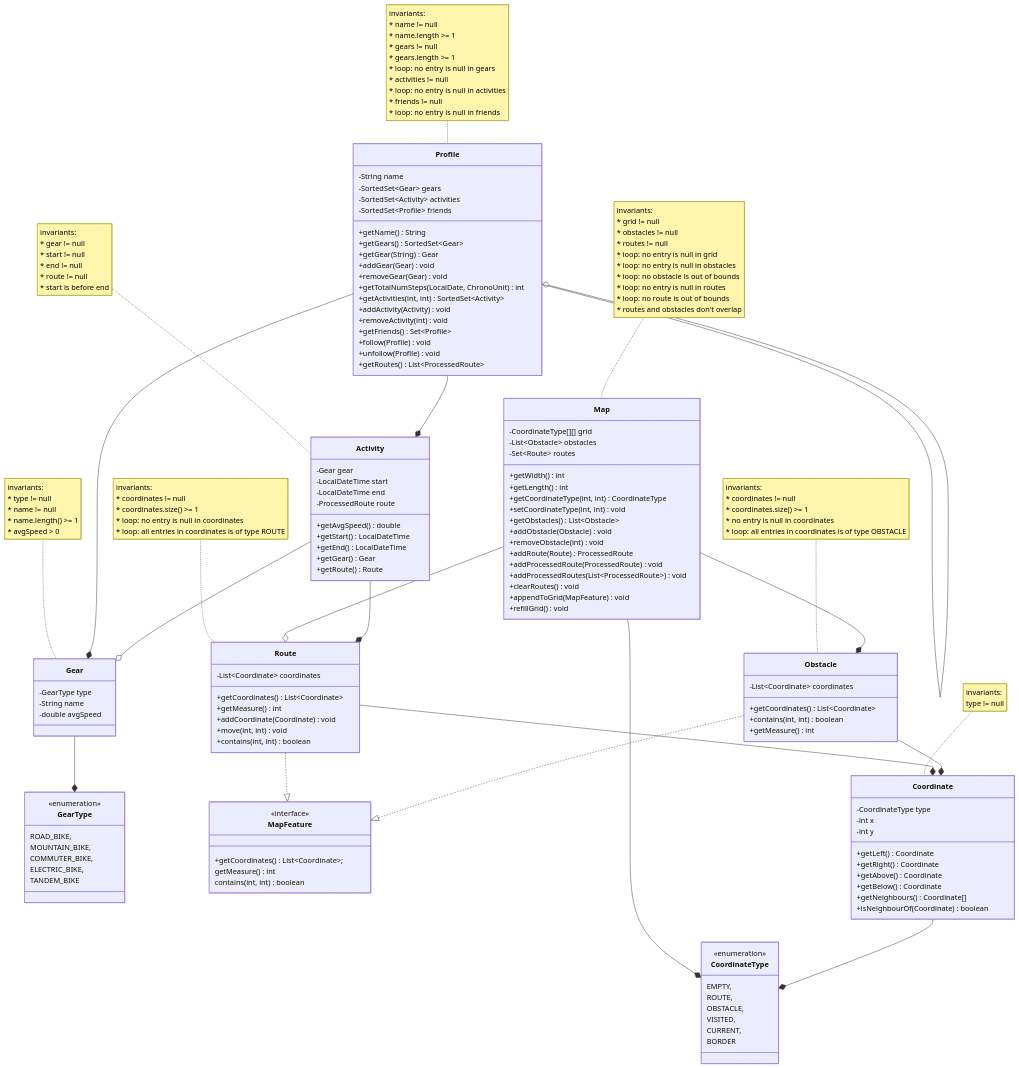
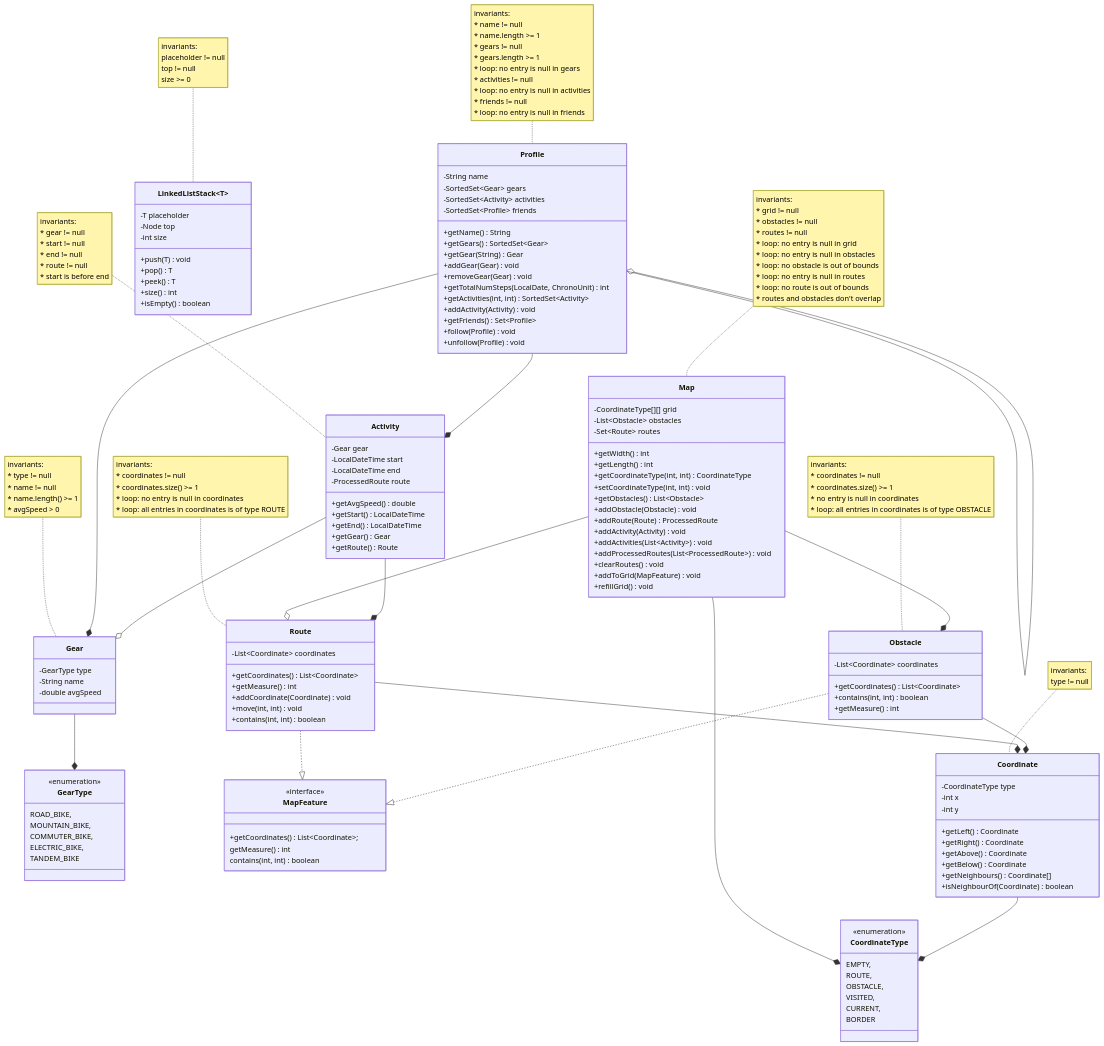
Before and after one commit to NarekVeranyan05/franklin-runs: the eighth of 8 diagrams in README.md, drawn with Mermaid. The commit also changed other lines of this file and 4 other files, not shown here.

````diff
--- a/README.md
+++ b/README.md
@@ -354,11 +365,9 @@
         +getTotalNumSteps(LocalDate, ChronoUnit) int
         +getActivities(int, int) SortedSet~Activity~
         +addActivity(Activity) void
-        +removeActivity(int) void
         +getFriends() Set~Profile~
         +follow(Profile) void
         +unfollow(Profile) void
-        +getRoutes() List~ProcessedRoute~
     }
     
     note for Profile"invariants:
@@ -411,12 +420,12 @@
         +setCoordinateType(int, int) void
         +getObstacles() List~Obstacle~
         +addObstacle(Obstacle) void
-        +removeObstacle(int) void
         +addRoute(Route) ProcessedRoute
-        +addProcessedRoute(ProcessedRoute) void
+        +addActivity(Activity) void
+        +addActivities(List~Activity~) void
         +addProcessedRoutes(List~ProcessedRoute~) void
         +clearRoutes() void
-        +appendToGrid(MapFeature) void
+        +addToGrid(MapFeature) void
         +refillGrid() void
     }
     
@@ -529,4 +538,22 @@
         CURRENT,
         BORDER
     }
+
+    class LinkedListStack~T~ {
+        -T placeholder
+        -Node top
+        -int size
+
+        +push(T) void
+        +pop() T
+        +peek() T
+        +size() int
+        +isEmpty() boolean
+    }
+
+    note for LinkedListStack "invariants:
+        placeholder != null
+        top != null
+        size >= 0
+    "
 ```
````
